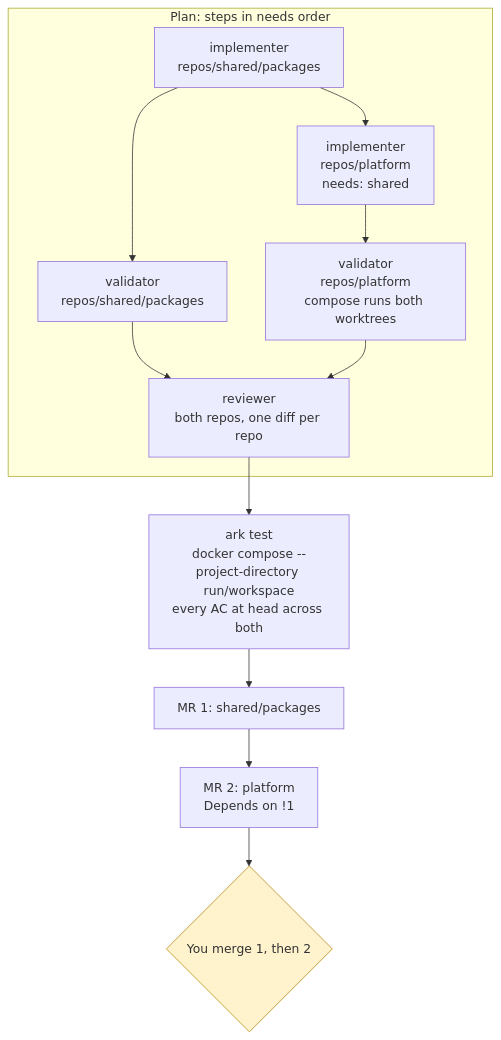
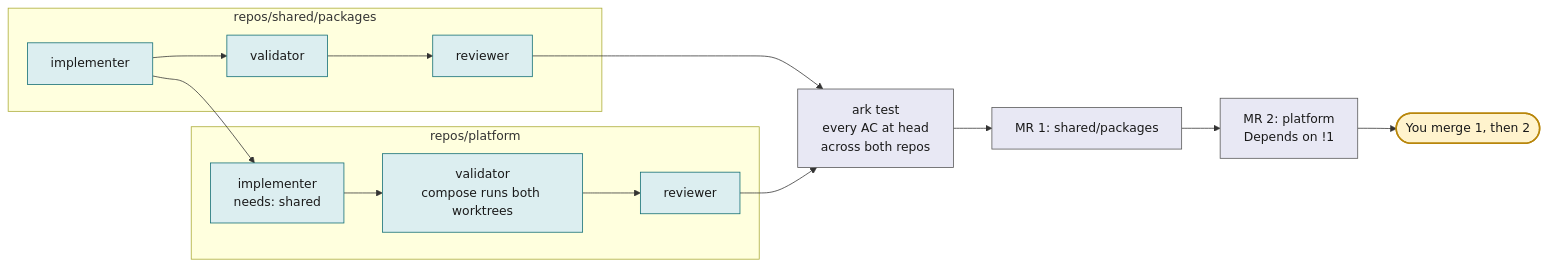
Before and after one commit to cobekarhoff/ark: the second of 3 diagrams in docs/explanation/scenarios.md, drawn with Mermaid. The commit also changed other lines of this file and 36 other files, not shown here.

````diff
--- a/docs/explanation/scenarios.md
+++ b/docs/explanation/scenarios.md
@@ -64,15 +81,23 @@
 ```mermaid
-flowchart TB
-  subgraph plan[Plan: steps in needs order]
-    s1[implementer<br/>repos/shared/packages] --> s2[validator<br/>repos/shared/packages]
-    s1 --> s3[implementer<br/>repos/platform<br/>needs: shared]
-    s3 --> s4[validator<br/>repos/platform<br/>compose runs both worktrees]
-    s2 & s4 --> s5[reviewer<br/>both repos, one diff per repo]
+flowchart LR
+  subgraph shared[repos/shared/packages]
+    s1[implementer] --> s2[validator]
+    s2 --> s5a[reviewer]
   end
-  s5 --> t[ark test<br/>docker compose --project-directory run/workspace<br/>every AC at head across both]
+  subgraph platform[repos/platform]
+    s3[implementer<br/>needs: shared] --> s4[validator<br/>compose runs both worktrees]
+    s4 --> s5b[reviewer]
+  end
+  s1 --> s3
+  s5a --> t
+  s5b --> t[ark test<br/>every AC at head<br/>across both repos]
   t --> mr1[MR 1: shared/packages]
-  mr1 --> mr2[MR 2: platform<br/>Depends on !1]
-  mr2 --> you{You merge 1, then 2}
-  classDef g fill:#fff3cd,stroke:#b8860b
-  class you g
+  mr1 --> mr2["MR 2: platform<br/>Depends on !1"]
+  mr2 --> you([You merge 1, then 2])
+  classDef human fill:#fff3cd,stroke:#b8860b,stroke-width:2px,color:#1a1a1a
+  classDef agent fill:#dceef0,stroke:#0e6b72,color:#1a1a1a
+  classDef cmd fill:#e8e8f4,stroke:#555,color:#1a1a1a
+  class s1,s2,s3,s4,s5a,s5b agent
+  class t,mr1,mr2 cmd
+  class you human
 ```
````
